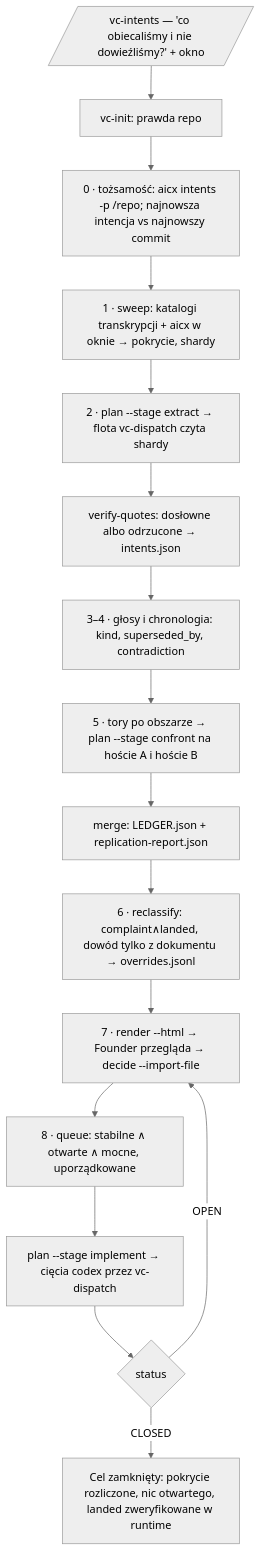
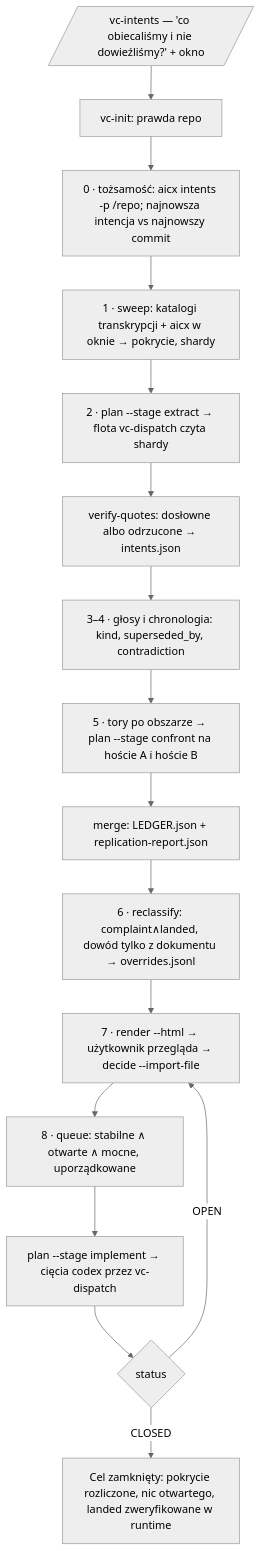
One commit to vetcoders/vibecrafted changed the diagram in vibecrafted-core/vibecrafted_core/skills/pl/vc-intents/FLOW.md. Above: the diagram before and after it, drawn with Mermaid (neutral theme). The commit also changed other lines of this file and 24 other files, not shown here.

````diff
--- a/vibecrafted-core/vibecrafted_core/skills/pl/vc-intents/FLOW.md
+++ b/vibecrafted-core/vibecrafted_core/skills/pl/vc-intents/FLOW.md
@@ -5,18 +5,18 @@
 ```mermaid
 flowchart TD
     A[/vc-intents — 'co obiecaliśmy i nie dowieźliśmy?' + okno/] --> B[vc-init: prawda repo]
     B --> C[0 · tożsamość: aicx intents -p /repo; najnowsza intencja vs najnowszy commit]
     C --> D[1 · sweep: katalogi transkrypcji + aicx w oknie → pokrycie, shardy]
     D --> E[2 · plan --stage extract → flota vc-dispatch czyta shardy]
     E --> F[verify-quotes: dosłowne albo odrzucone → intents.json]
     F --> G[3–4 · głosy i chronologia: kind, superseded_by, contradiction]
     G --> H[5 · tory po obszarze → plan --stage confront na hoście A i hoście B]
     H --> I[merge: LEDGER.json + replication-report.json]
     I --> J[6 · reclassify: complaint∧landed, dowód tylko z dokumentu → overrides.jsonl]
-    J --> K[7 · render --html → Founder przegląda → decide --import-file]
+    J --> K[7 · render --html → użytkownik przegląda → decide --import-file]
     K --> L[8 · queue: stabilne ∧ otwarte ∧ mocne, uporządkowane]
     L --> M[plan --stage implement → cięcia codex przez vc-dispatch]
     M --> N{status}
     N -->|OPEN| K
     N -->|CLOSED| O[Cel zamknięty: pokrycie rozliczone, nic otwartego, landed zweryfikowane w runtime]
 ```
````
